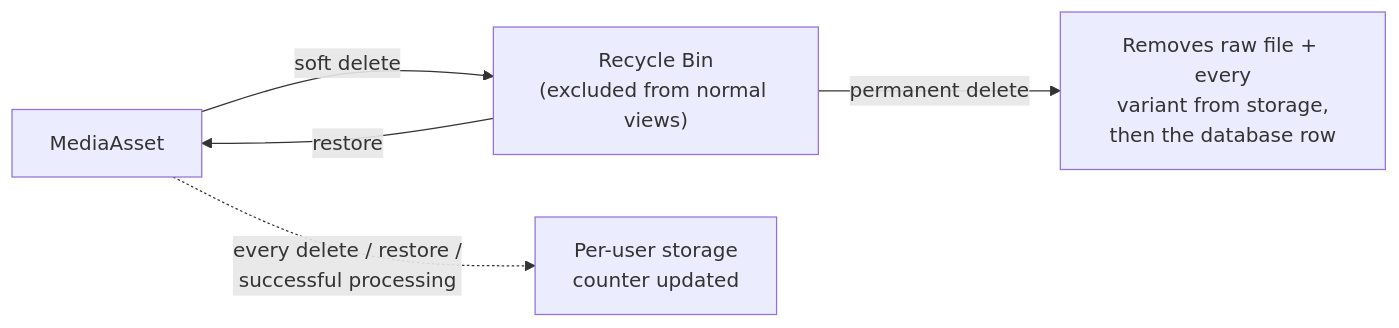
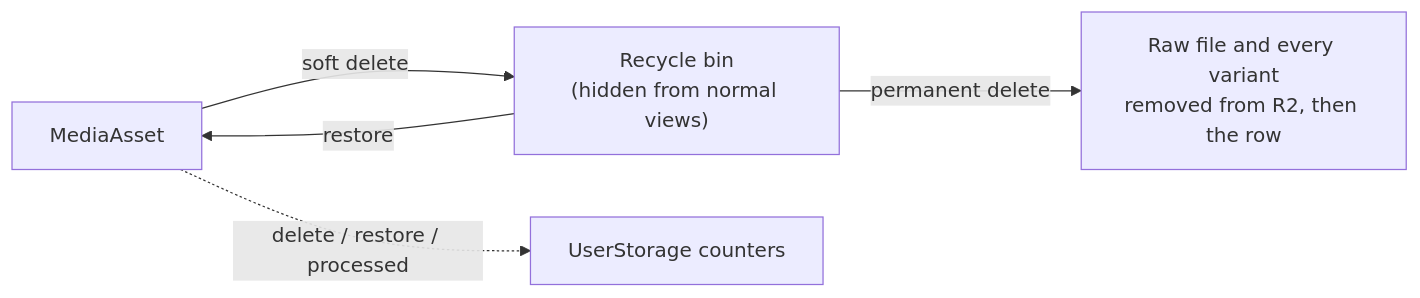
One commit to ss-travingat/devportal changed the fourth of 4 diagrams in src/docs/Media-Engine.md. Above: the diagram before and after it, drawn with Mermaid. The commit also changed other lines of this file and 7 other files, not shown here.

````diff
--- a/src/docs/Media-Engine.md
+++ b/src/docs/Media-Engine.md
@@ -230,7 +202,7 @@
 ```mermaid
 flowchart LR
-    Asset["MediaAsset"] -->|soft delete| Recycle["Recycle Bin\n(excluded from normal views)"]
-    Recycle -->|restore| Asset
-    Recycle -->|permanent delete| Purge["Removes raw file + every\nvariant from storage,\nthen the database row"]
-    Asset -.->|every delete / restore /\nsuccessful processing| Storage["Per-user storage\ncounter updated"]
+    Asset["MediaAsset"] -->|soft delete| Bin["Recycle bin\n(hidden from normal views)"]
+    Bin -->|restore| Asset
+    Bin -->|permanent delete| Purge["Raw file and every variant\nremoved from R2, then the row"]
+    Asset -.->|delete / restore / processed| Counter["UserStorage counters"]
 ```
````
